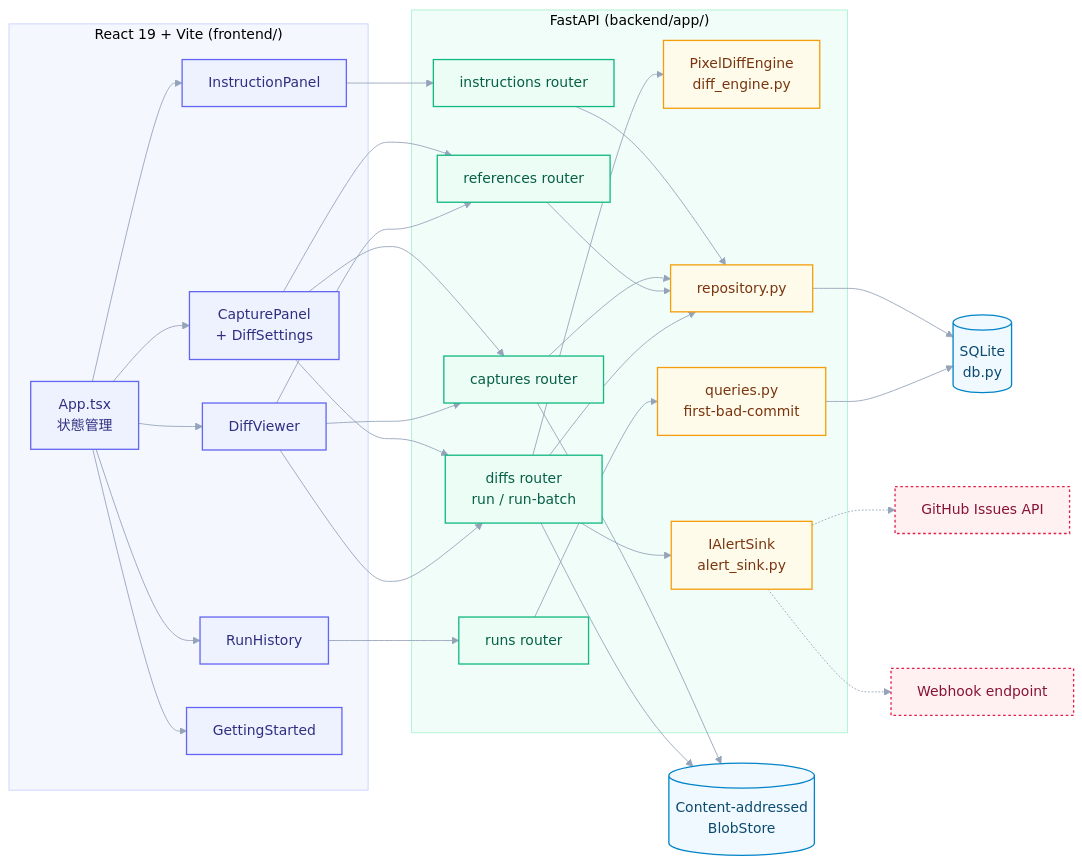
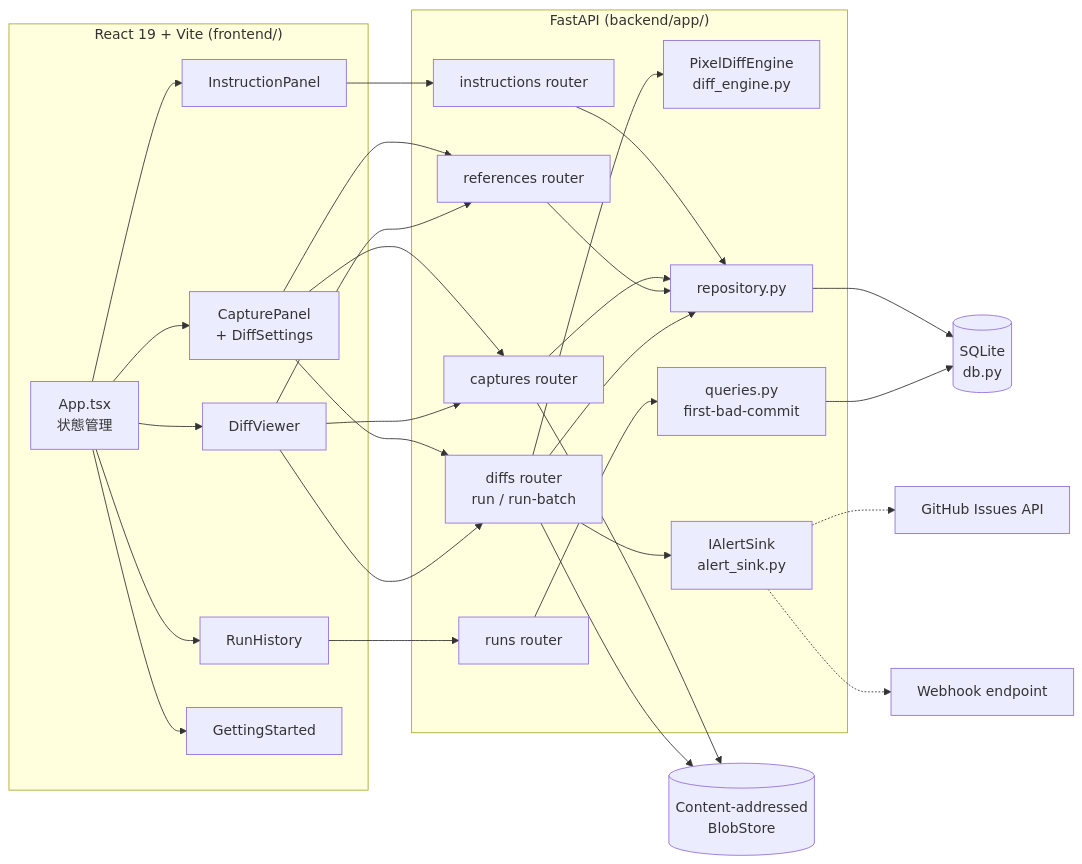
One commit to manato1201/VisualRegressionQATool changed the first of 7 diagrams in docs/ARCHITECTURE.md. Above: the diagram before and after it, drawn with Mermaid. The commit also changed other lines of this file and 2 other files, not shown here.

First line of the commit message:
Rebuild system diagram as hand-routed SVG, document setup/verification steps

````diff
--- a/docs/ARCHITECTURE.md
+++ b/docs/ARCHITECTURE.md
@@ -9,61 +9,45 @@
 ```mermaid
-%%{init: {'theme': 'base', 'themeVariables': { 'primaryColor': '#eef2ff', 'primaryBorderColor': '#6366f1', 'primaryTextColor': '#312e81', 'lineColor': '#94a3b8', 'fontFamily': 'Inter, sans-serif' }}}%%
 flowchart LR
     subgraph Frontend["React 19 + Vite (frontend/)"]
         UI[App.tsx<br/>状態管理]
         IP[InstructionPanel]
         CP[CapturePanel<br/>+ DiffSettings]
         RH[RunHistory]
         DV[DiffViewer]
         GS[GettingStarted]
     end
 
     subgraph Backend["FastAPI (backend/app/)"]
         R1[instructions router]
         R2[captures router]
         R3[references router]
         R4[diffs router<br/>run / run-batch]
         R5[runs router]
         Engine[PixelDiffEngine<br/>diff_engine.py]
         Repo[repository.py]
         Queries[queries.py<br/>first-bad-commit]
         Alert[IAlertSink<br/>alert_sink.py]
     end
 
     DB[(SQLite<br/>db.py)]
     Blob[(Content-addressed<br/>BlobStore)]
     GH[GitHub Issues API]
     WH[Webhook endpoint]
 
     UI --> IP & CP & RH & DV & GS
     IP --> R1
     CP --> R2 & R3 & R4
     RH --> R5
     DV --> R2 & R3 & R4
 
     R2 --> Blob
     R4 --> Engine
     R4 --> Blob
     R1 & R2 & R3 & R4 --> Repo
     R5 --> Queries
     Repo --> DB
     Queries --> DB
     R4 --> Alert
     Alert -.-> GH
     Alert -.-> WH
-
-    classDef frontend fill:#eef2ff,stroke:#6366f1,stroke-width:1.5px,color:#312e81;
-    classDef router fill:#ecfdf5,stroke:#10b981,stroke-width:1.5px,color:#065f46;
-    classDef core fill:#fffbeb,stroke:#f59e0b,stroke-width:1.5px,color:#78350f;
-    classDef storage fill:#f0f9ff,stroke:#0284c7,stroke-width:1.5px,color:#0c4a6e;
-    classDef external fill:#fff1f2,stroke:#e11d48,stroke-width:1.5px,color:#881337,stroke-dasharray: 3 3;
-
-    class UI,IP,CP,RH,DV,GS frontend;
-    class R1,R2,R3,R4,R5 router;
-    class Engine,Repo,Queries,Alert core;
-    class DB,Blob storage;
-    class GH,WH external;
-
-    style Frontend fill:#f5f7ff,stroke:#c7d2fe,stroke-width:1px;
-    style Backend fill:#f0fdf9,stroke:#a7f3d0,stroke-width:1px;
 ```
````
